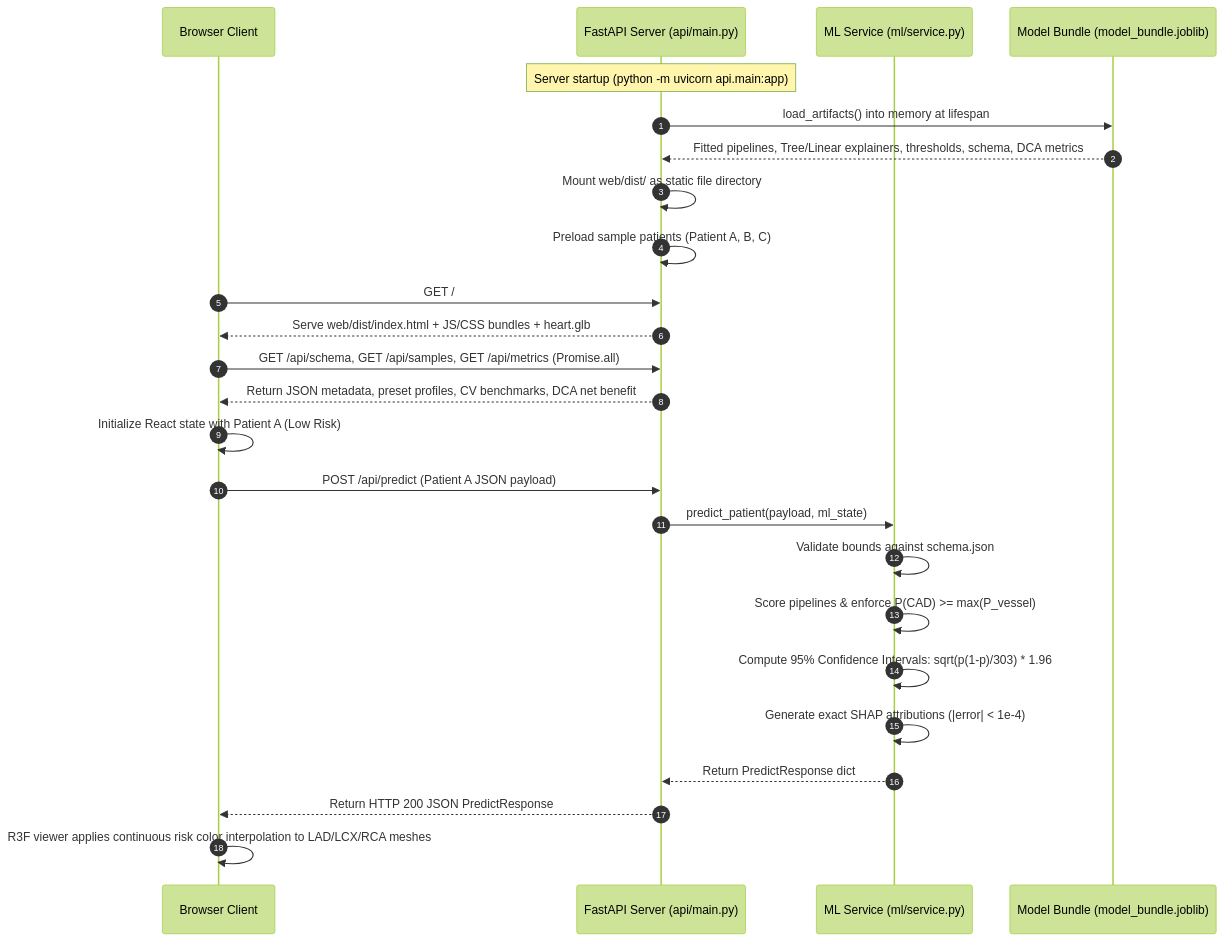
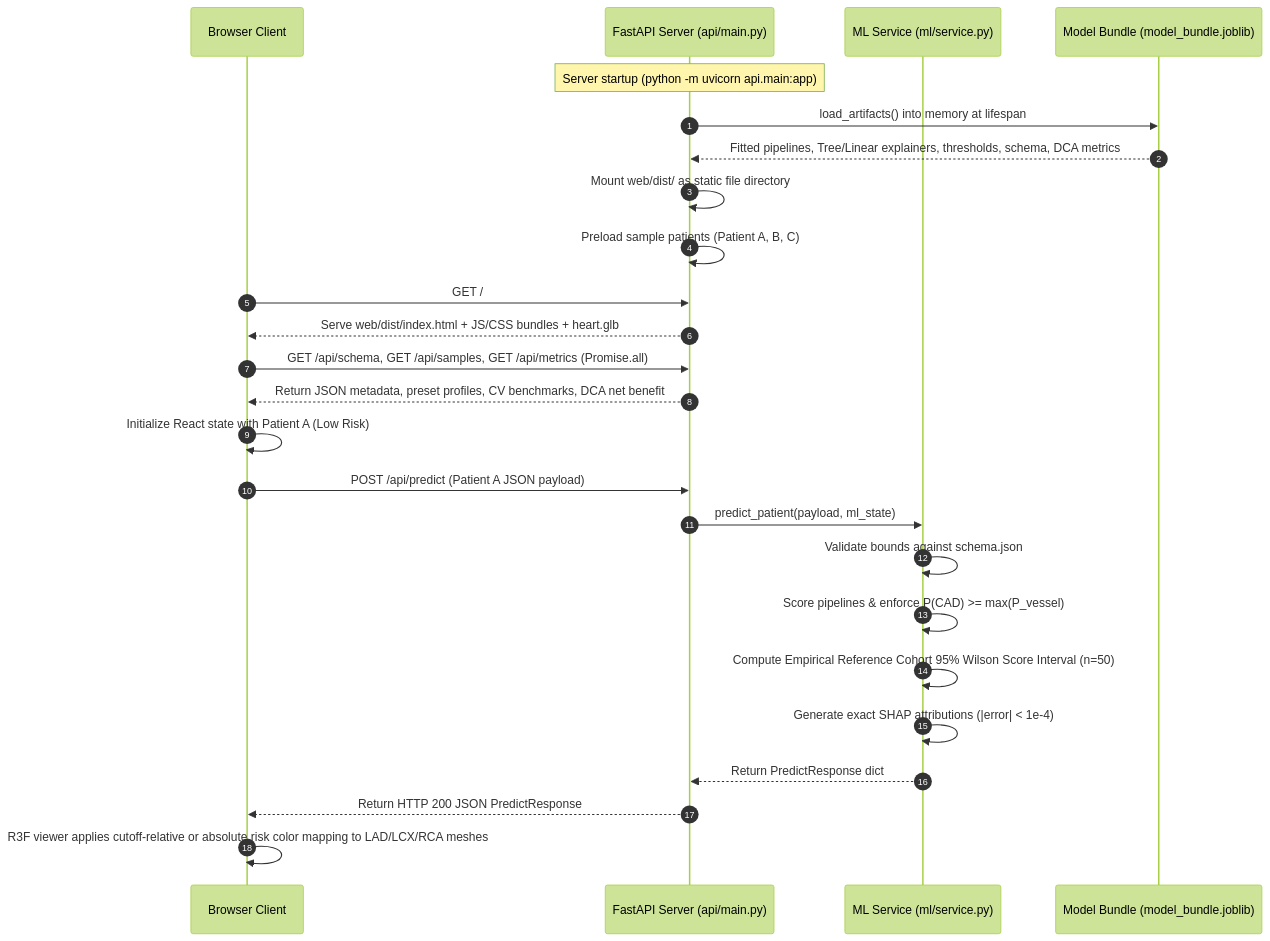
The second of 5 diagrams in ARCHITECTURE.md (hackerabi2005/cad), drawn with Mermaid (forest theme) before and after one commit. The commit also changed other lines of this file and 122 other files, not shown here.

````diff
--- a/ARCHITECTURE.md
+++ b/ARCHITECTURE.md
@@ -228,31 +267,31 @@
 ```mermaid
 sequenceDiagram
     autonumber
     participant Browser as Browser Client
     participant FastAPI as FastAPI Server (api/main.py)
     participant Service as ML Service (ml/service.py)
     participant Bundle as Model Bundle (model_bundle.joblib)
 
     Note over FastAPI: Server startup (python -m uvicorn api.main:app)
     FastAPI->>Bundle: load_artifacts() into memory at lifespan
     Bundle-->>FastAPI: Fitted pipelines, Tree/Linear explainers, thresholds, schema, DCA metrics
     FastAPI->>FastAPI: Mount web/dist/ as static file directory
     FastAPI->>FastAPI: Preload sample patients (Patient A, B, C)
 
     Browser->>FastAPI: GET /
     FastAPI-->>Browser: Serve web/dist/index.html + JS/CSS bundles + heart.glb
     
     Browser->>FastAPI: GET /api/schema, GET /api/samples, GET /api/metrics (Promise.all)
     FastAPI-->>Browser: Return JSON metadata, preset profiles, CV benchmarks, DCA net benefit
     
     Browser->>Browser: Initialize React state with Patient A (Low Risk)
     Browser->>FastAPI: POST /api/predict (Patient A JSON payload)
     FastAPI->>Service: predict_patient(payload, ml_state)
     Service->>Service: Validate bounds against schema.json
     Service->>Service: Score pipelines & enforce P(CAD) >= max(P_vessel)
-    Service->>Service: Compute 95% Confidence Intervals: sqrt(p(1-p)/303) * 1.96
+    Service->>Service: Compute Empirical Reference Cohort 95% Wilson Score Interval (n=50)
     Service->>Service: Generate exact SHAP attributions (|error| < 1e-4)
     Service-->>FastAPI: Return PredictResponse dict
     FastAPI-->>Browser: Return HTTP 200 JSON PredictResponse
-    Browser->>Browser: R3F viewer applies continuous risk color interpolation to LAD/LCX/RCA meshes
+    Browser->>Browser: R3F viewer applies cutoff-relative or absolute risk color mapping to LAD/LCX/RCA meshes
 ```
````
